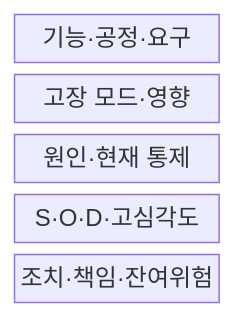
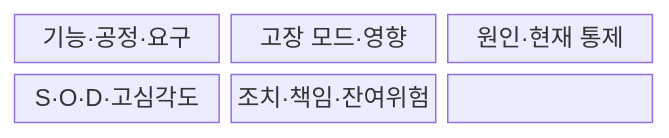
One commit to agnusdei1207/knowledge-base changed the first of 2 diagrams in src/content/docs/notes/06-evaluation/028_fmea_failure_mode_effect_analysis.md. Above: the diagram before and after it, drawn with Mermaid. The commit also changed other lines of this file and 53 other files, not shown here.

````diff
--- a/src/content/docs/notes/06-evaluation/028_fmea_failure_mode_effect_analysis.md
+++ b/src/content/docs/notes/06-evaluation/028_fmea_failure_mode_effect_analysis.md
@@ -60,9 +60,11 @@
 ```mermaid
 block-beta
-  columns 1
+  columns 3
   F["기능·공정·요구"]
   M["고장 모드·영향"]
   C["원인·현재 통제"]
   R["S·O·D·고심각도"]
   A["조치·책임·잔여위험"]
+  F --- M --- C
+  C --- R --- A
 ```
````
